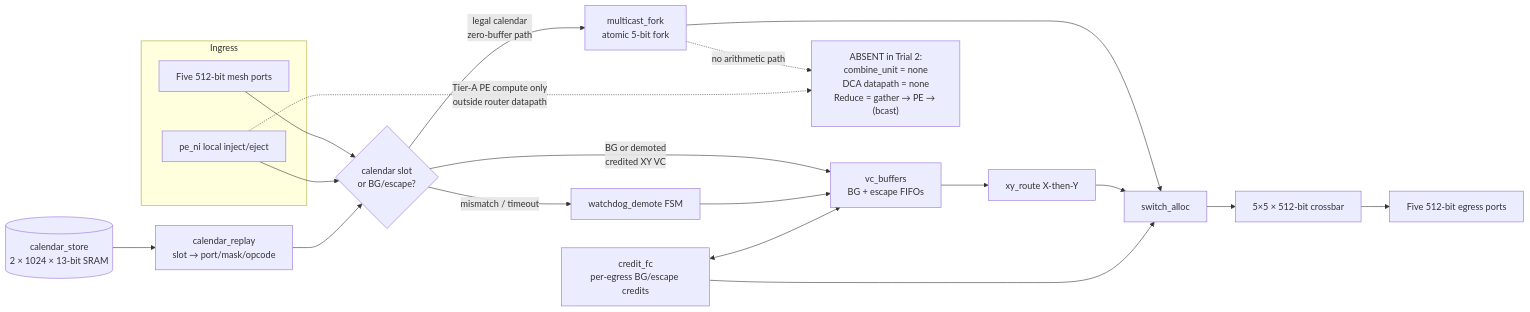
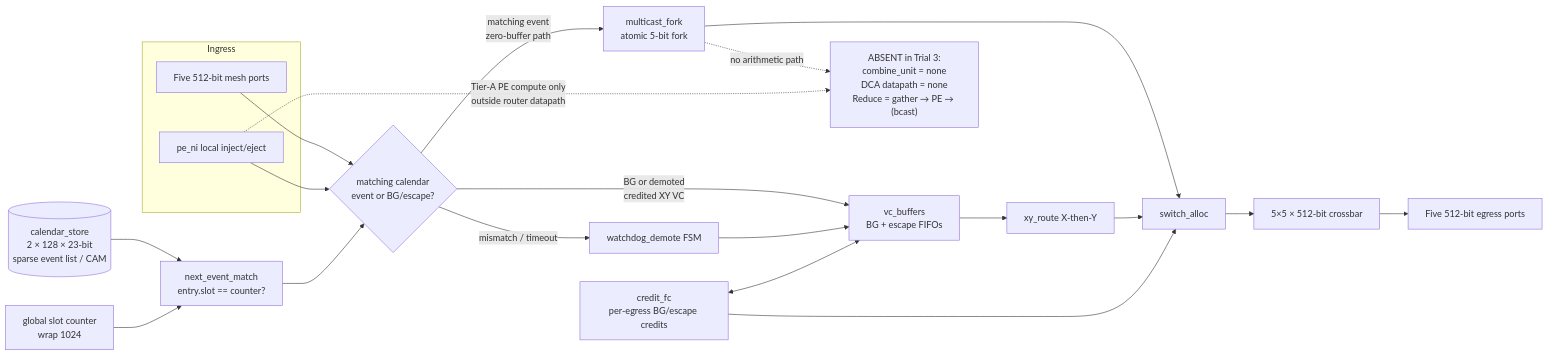
The second of 5 diagrams in docs/phase-2-architecture/architecture-diagram.md (lukebest/booksim2), drawn with Mermaid before and after one commit. The commit also changed other lines of this file and 30 other files, not shown here.

First line of the commit message:
dse: Trial 3 Arch-A3 SparseCal — sparse event calendar

````diff
--- a/docs/phase-2-architecture/architecture-diagram.md
+++ b/docs/phase-2-architecture/architecture-diagram.md
@@ -31,34 +33,36 @@
 ```mermaid
 flowchart LR
   subgraph ingress["Ingress"]
     mesh_in["Five 512-bit mesh ports"]
     pe_ni["pe_ni local inject/eject"]
   end
 
-  calendar_store[("calendar_store<br/>2 × 1024 × 13-bit SRAM")]
-  calendar_replay["calendar_replay<br/>slot → port/mask/opcode"]
-  calendar_store --> calendar_replay
+  slot_ctr["global slot counter<br/>wrap 1024"]
+  calendar_store[("calendar_store<br/>2 × 128 × 23-bit<br/>sparse event list / CAM")]
+  next_match["next_event_match<br/>entry.slot == counter?"]
+  calendar_store --> next_match
+  slot_ctr --> next_match
 
-  mesh_in --> classify{"calendar slot<br/>or BG/escape?"}
+  mesh_in --> classify{"matching calendar<br/>event or BG/escape?"}
   pe_ni --> classify
-  calendar_replay --> classify
+  next_match --> classify
 
-  classify -->|"legal calendar<br/>zero-buffer path"| multicast_fork["multicast_fork<br/>atomic 5-bit fork"]
+  classify -->|"matching event<br/>zero-buffer path"| multicast_fork["multicast_fork<br/>atomic 5-bit fork"]
   multicast_fork --> switch_alloc["switch_alloc"]
 
   classify -->|"BG or demoted<br/>credited XY VC"| vc_buffers["vc_buffers<br/>BG + escape FIFOs"]
   vc_buffers --> xy_route["xy_route X-then-Y"]
   xy_route --> switch_alloc
 
   classify -->|"mismatch / timeout"| watchdog_demote["watchdog_demote FSM"]
   watchdog_demote --> vc_buffers
 
   switch_alloc --> crossbar["5×5 × 512-bit crossbar"]
   crossbar --> mesh_out["Five 512-bit egress ports"]
   credit_fc["credit_fc<br/>per-egress BG/escape credits"] <--> vc_buffers
   credit_fc --> switch_alloc
 
-  absent["ABSENT in Trial 2:<br/>combine_unit = none<br/>DCA datapath = none<br/>Reduce = gather → PE → (bcast)"]
+  absent["ABSENT in Trial 3:<br/>combine_unit = none<br/>DCA datapath = none<br/>Reduce = gather → PE → (bcast)"]
   multicast_fork -.->|"no arithmetic path"| absent
   pe_ni -.->|"Tier-A PE compute only<br/>outside router datapath"| absent
 ```
````
